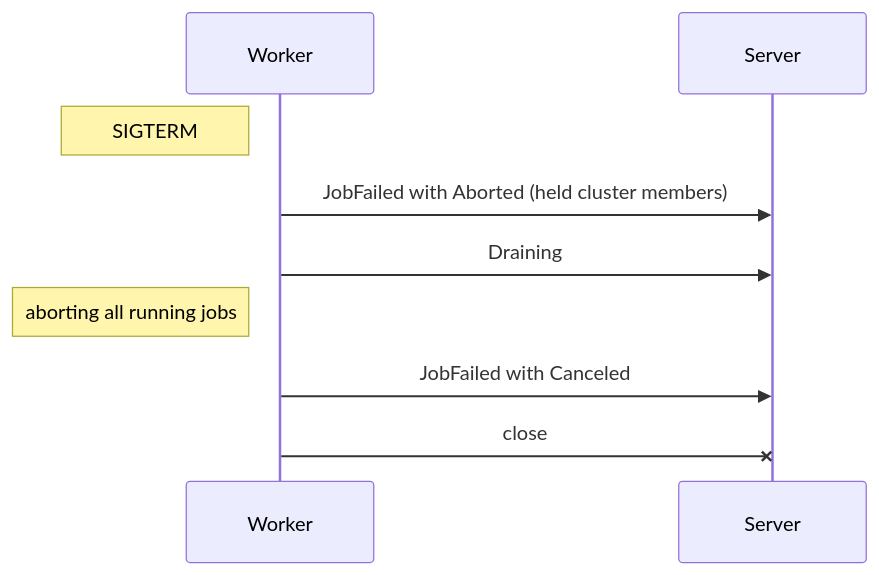
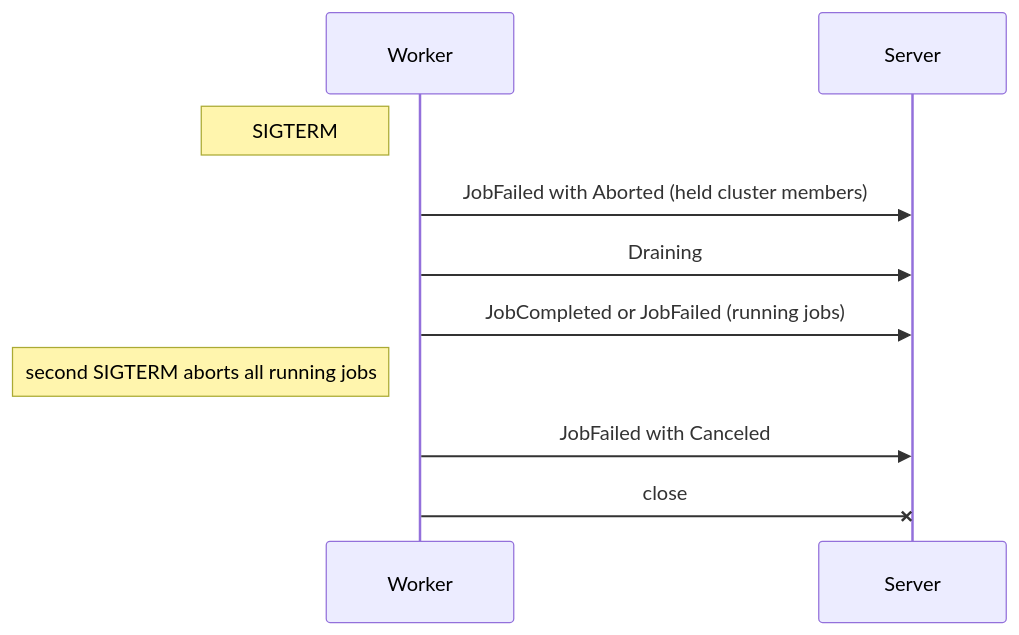
One commit to wavelens/gradient changed the second of 2 diagrams in docs/src/contributors/proto/jobs.md. Above: the diagram before and after it, drawn with Mermaid. The commit also changed other lines of this file and 6 other files, not shown here.

````diff
--- a/docs/src/contributors/proto/jobs.md
+++ b/docs/src/contributors/proto/jobs.md
@@ -227,11 +227,12 @@
 ```mermaid
 sequenceDiagram
     participant W as Worker
     participant S as Server
     Note left of W: SIGTERM
     W->>S: JobFailed with Aborted (held cluster members)
     W->>S: Draining
-    Note left of W: aborting all running jobs
+    W->>S: JobCompleted or JobFailed (running jobs)
+    Note left of W: second SIGTERM aborts all running jobs
     W->>S: JobFailed with Canceled
     W-xS: close
 ```
````
